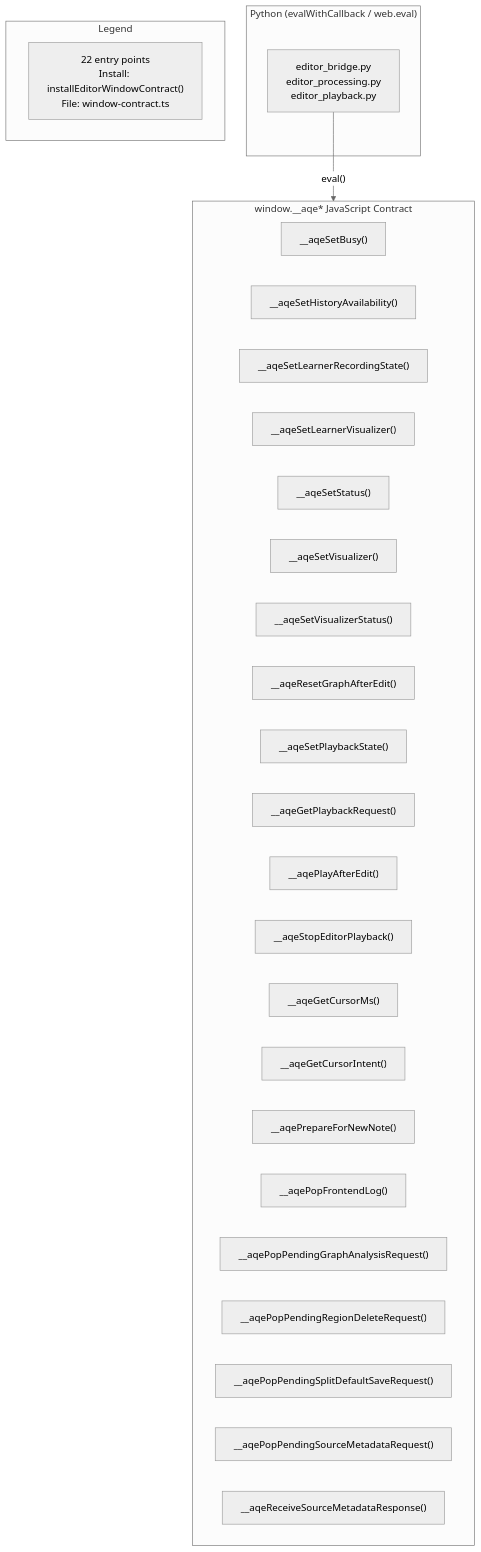
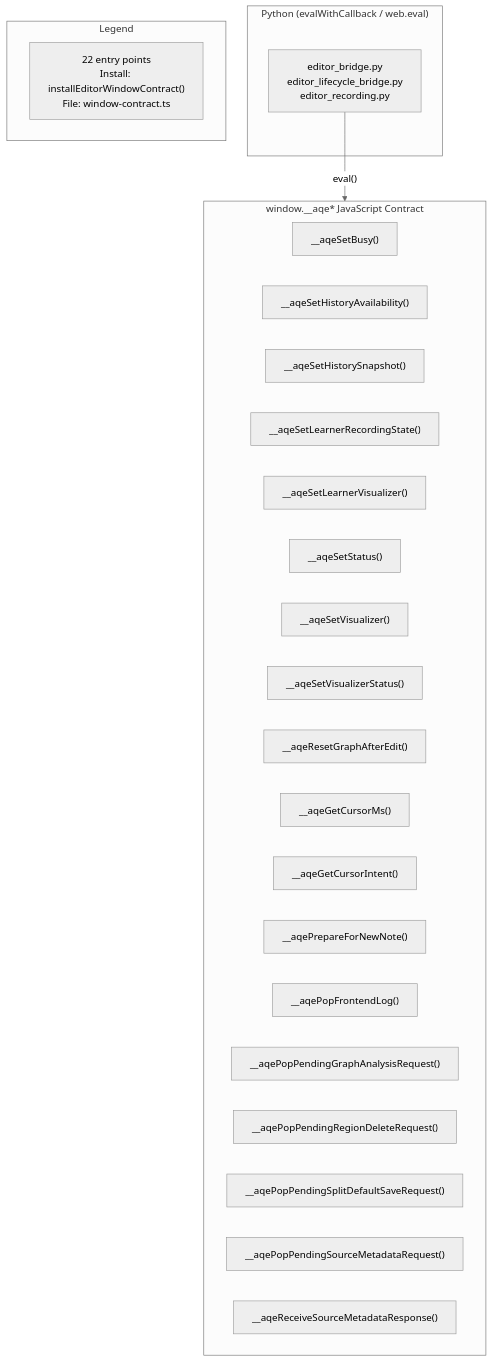
Before and after one commit to ganqqwerty/anki-audio-tools: the diagram in docs/graphs/bridge-messages-window-contract.mmd, drawn with Mermaid (neutral theme). The commit also changed 326 other files, not shown here.

First line of the commit message:
Centralize editor playback and recording state

````diff
--- a/docs/graphs/bridge-messages-window-contract.mmd
+++ b/docs/graphs/bridge-messages-window-contract.mmd
@@ -1,36 +1,33 @@
 ```mermaid
 flowchart TD
     subgraph Python["Python (evalWithCallback / web.eval)"]
-        py["editor_bridge.py<br/>editor_processing.py<br/>editor_playback.py"]
+        py["editor_bridge.py<br/>editor_lifecycle_bridge.py<br/>editor_recording.py"]
     end
 
     subgraph Window["window.__aqe* JavaScript Contract"]
         aqeSetBusy["__aqeSetBusy()"]
         aqeSetHistoryAvailability["__aqeSetHistoryAvailability()"]
+        aqeSetHistorySnapshot["__aqeSetHistorySnapshot()"]
         aqeSetLearnerRecordingState["__aqeSetLearnerRecordingState()"]
         aqeSetLearnerVisualizer["__aqeSetLearnerVisualizer()"]
         aqeSetStatus["__aqeSetStatus()"]
         aqeSetVisualizer["__aqeSetVisualizer()"]
         aqeSetVisualizerStatus["__aqeSetVisualizerStatus()"]
         aqeResetGraphAfterEdit["__aqeResetGraphAfterEdit()"]
-        aqeSetPlaybackState["__aqeSetPlaybackState()"]
-        aqeGetPlaybackRequest["__aqeGetPlaybackRequest()"]
-        aqePlayAfterEdit["__aqePlayAfterEdit()"]
-        aqeStopEditorPlayback["__aqeStopEditorPlayback()"]
         aqeGetCursorMs["__aqeGetCursorMs()"]
         aqeGetCursorIntent["__aqeGetCursorIntent()"]
         aqePrepareForNewNote["__aqePrepareForNewNote()"]
         aqePopFrontendLog["__aqePopFrontendLog()"]
         aqePopPendingGraphAnalysisRequest["__aqePopPendingGraphAnalysisRequest()"]
         aqePopPendingRegionDeleteRequest["__aqePopPendingRegionDeleteRequest()"]
         aqePopPendingSplitDefaultSaveRequest["__aqePopPendingSplitDefaultSaveRequest()"]
         aqePopPendingSourceMetadataRequest["__aqePopPendingSourceMetadataRequest()"]
         aqeReceiveSourceMetadataResponse["__aqeReceiveSourceMetadataResponse()"]
     end
 
     py --> |"eval()"| Window
 
     subgraph Legend["Legend"]
         note["22 entry points<br/>Install: installEditorWindowContract()<br/>File: window-contract.ts"]
     end
 ```
````
